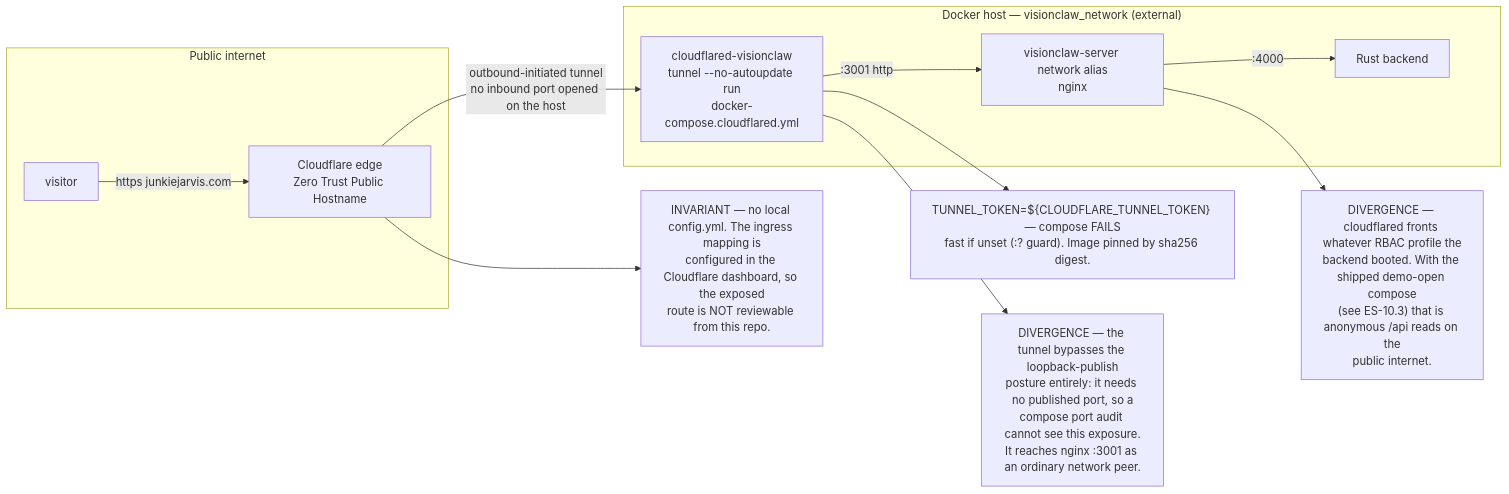
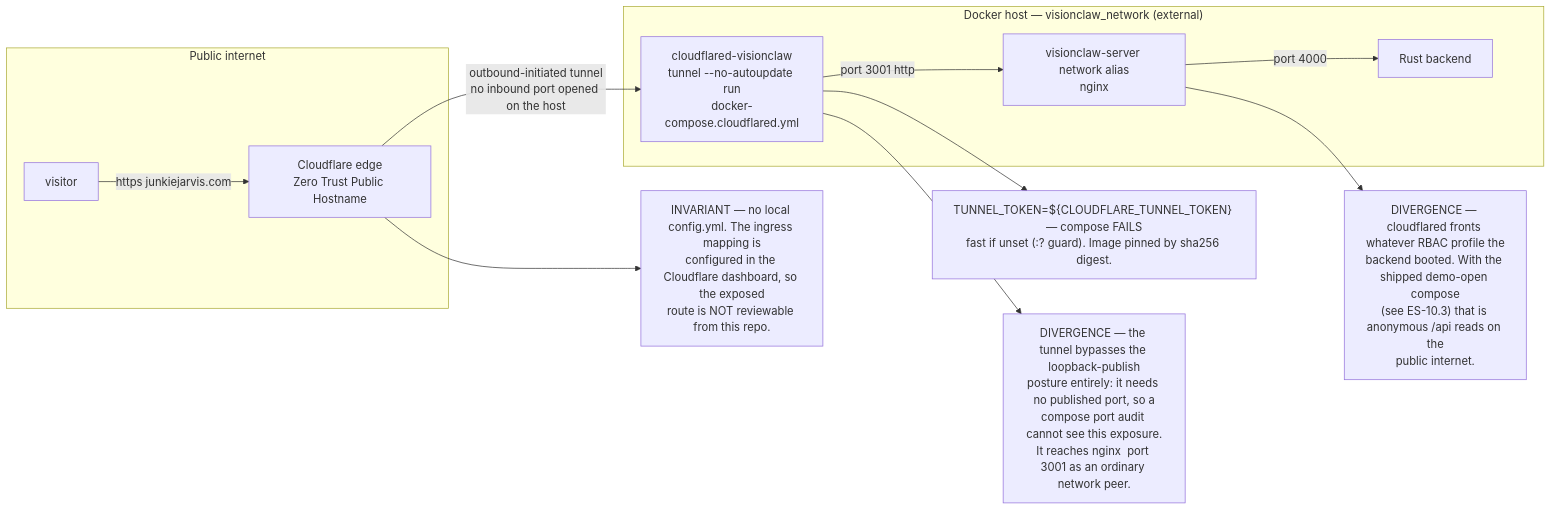
One commit to DreamLab-AI/VisionFlow changed the ninth of 10 diagrams in docs/diagrams/estate/10-deployment-and-security-profiles.md. Above: the diagram before and after it, drawn with Mermaid. The commit also changed other lines of this file and 51 other files, not shown here.

First line of the commit message:
docs(diagrams): agentbox AB-01..13 re-attested anchor by anchor (980 anchors, 22 defects); checkpoint against an out-of-mesh writer

````diff
--- a/docs/diagrams/estate/10-deployment-and-security-profiles.md
+++ b/docs/diagrams/estate/10-deployment-and-security-profiles.md
@@ -349,26 +326,26 @@
 ```mermaid
 flowchart LR
     subgraph internet["Public internet"]
         U["visitor"]
         CF["Cloudflare edge<br/>Zero Trust Public Hostname"]
     end
     subgraph host["Docker host — visionclaw_network (external)"]
         CFD["cloudflared-visionclaw<br/>tunnel --no-autoupdate run<br/>docker-compose.cloudflared.yml"]
         NG["visionclaw-server network alias<br/>nginx"]
         BE["Rust backend"]
     end
     U -- "https junkiejarvis.com" --> CF
     CF -- "outbound-initiated tunnel<br/>no inbound port opened on the host" --> CFD
-    CFD -- ":3001 http" --> NG
-    NG -- ":4000" --> BE
+    CFD -- " port 3001 http" --> NG
+    NG -- " port 4000" --> BE
 
     T1["TUNNEL_TOKEN=${CLOUDFLARE_TUNNEL_TOKEN} — compose FAILS<br/>fast if unset (:? guard). Image pinned by sha256 digest."]
     T2["INVARIANT — no local config.yml. The ingress mapping is<br/>configured in the Cloudflare dashboard, so the exposed<br/>route is NOT reviewable from this repo."]
-    T3["DIVERGENCE — the tunnel bypasses the loopback-publish<br/>posture entirely: it needs no published port, so a<br/>compose port audit cannot see this exposure.<br/>It reaches nginx :3001 as an ordinary network peer."]
+    T3["DIVERGENCE — the tunnel bypasses the loopback-publish<br/>posture entirely: it needs no published port, so a<br/>compose port audit cannot see this exposure.<br/>It reaches nginx  port 3001 as an ordinary network peer."]
     T4["DIVERGENCE — cloudflared fronts whatever RBAC profile the<br/>backend booted. With the shipped demo-open compose<br/>(see ES-10.3) that is anonymous /api reads on the<br/>public internet."]
 
     CFD --> T1
     CF --> T2
     CFD --> T3
     NG --> T4
 ```
````
